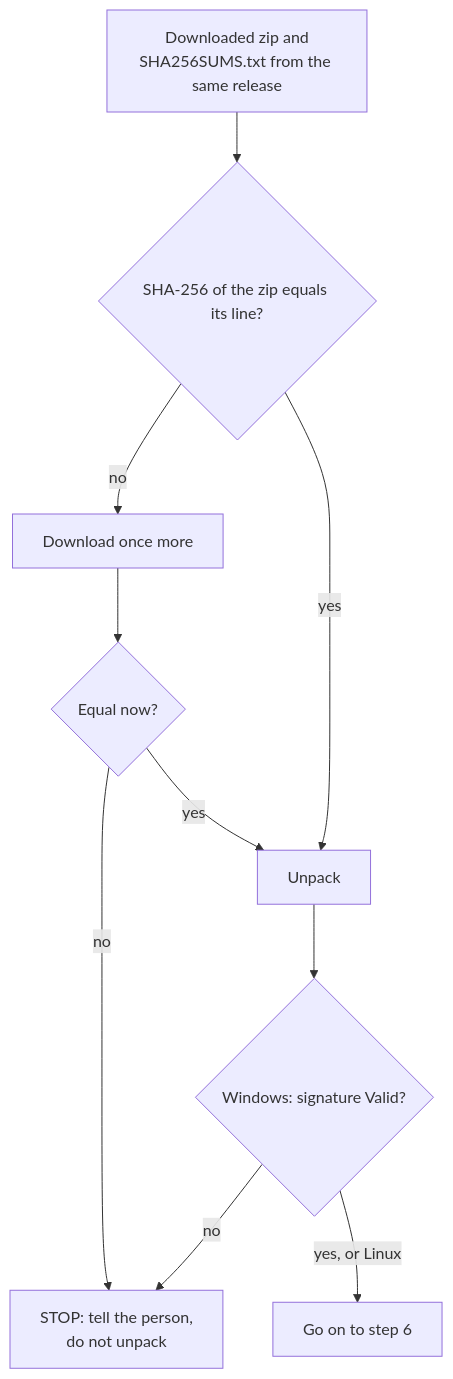
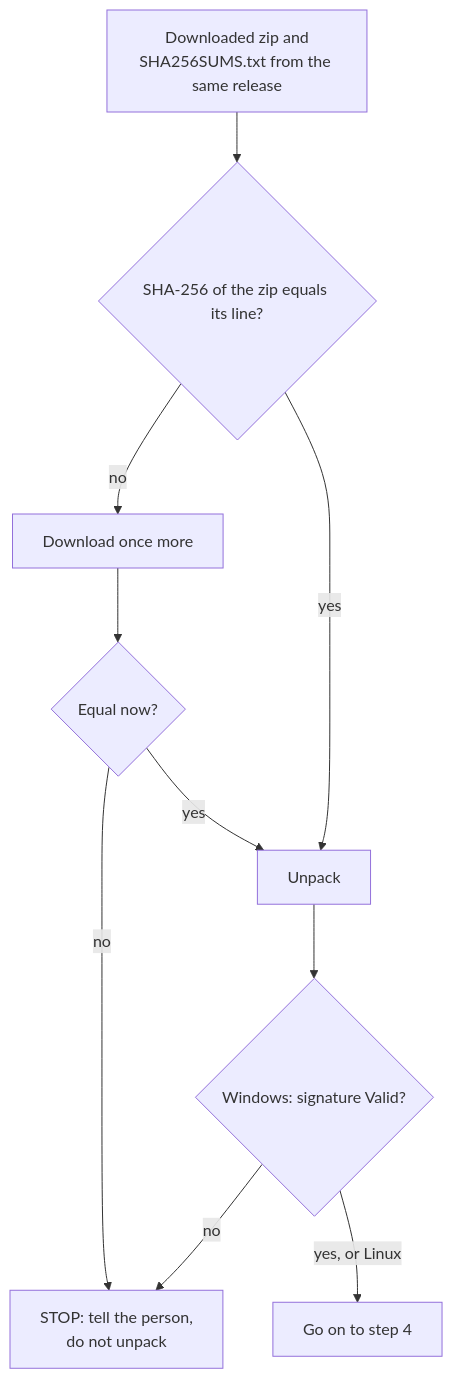
The diagram in docs/AGENT_INSTALL.md (DogmaSolutions/Kyklos), drawn with Mermaid before and after one commit. The commit also changed other lines of this file and 7 other files, not shown here.

````diff
--- a/docs/AGENT_INSTALL.md
+++ b/docs/AGENT_INSTALL.md
@@ -293,12 +198,12 @@
 ```mermaid
 flowchart TD
     D["Downloaded zip and<br/>SHA256SUMS.txt from the same release"] --> H{"SHA-256 of the zip equals its line?"}
     H -->|"no"| R["Download once more"]
     R --> H2{"Equal now?"}
     H2 -->|"no"| S["STOP: tell the person,<br/>do not unpack"]
     H2 -->|"yes"| U
     H -->|"yes"| U["Unpack"]
     U --> W{"Windows: signature Valid?"}
     W -->|"no"| S
-    W -->|"yes, or Linux"| N["Go on to step 6"]
+    W -->|"yes, or Linux"| N["Go on to step 4"]
 ```
````
